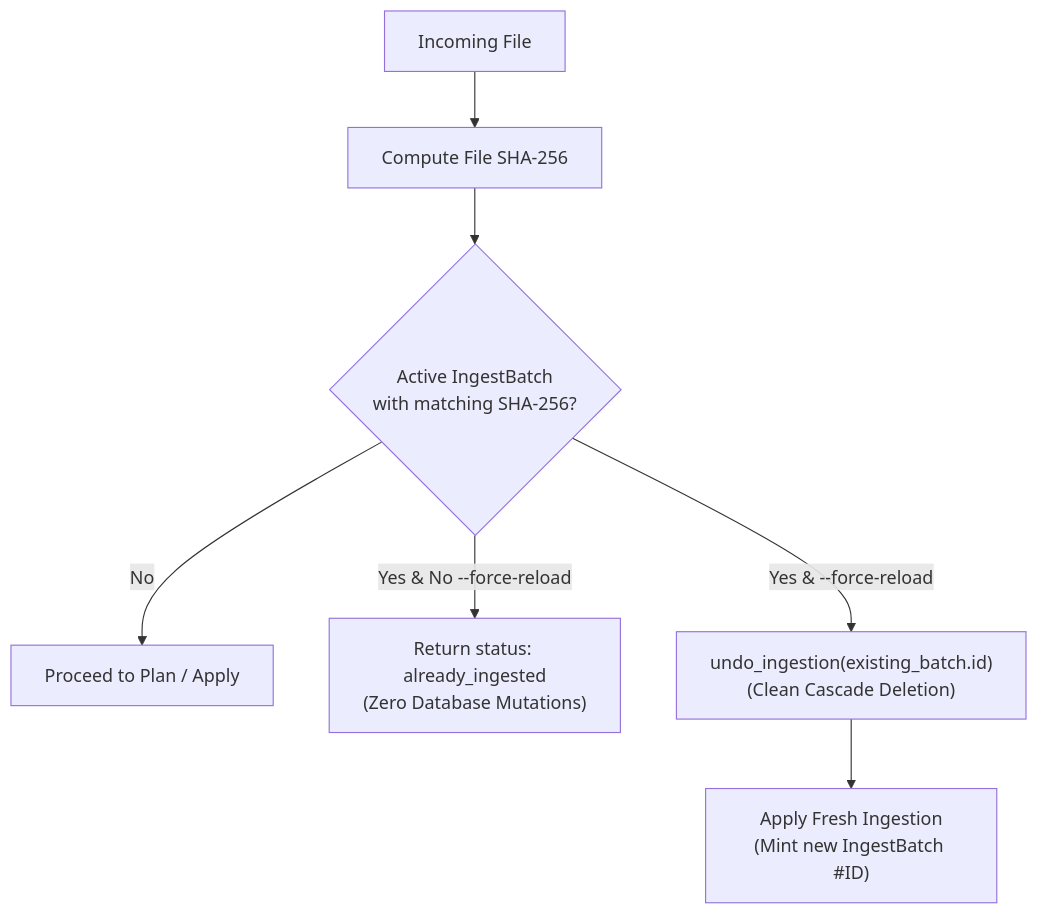
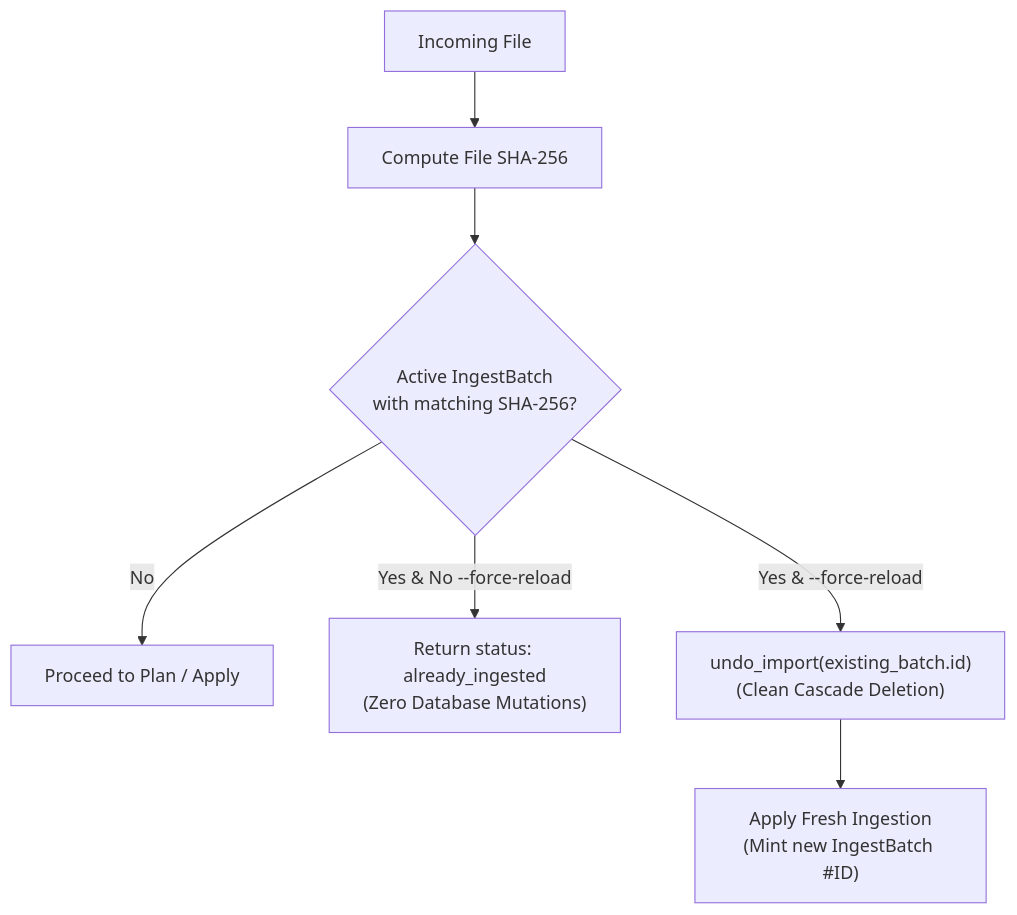
Before and after one commit to PlgaH/fairwddi-wp3-3: the second of 3 diagrams in deliverables/research/ingestion_troubleshooting_and_qa.md, drawn with Mermaid. The commit also changed other lines of this file and 163 other files, not shown here.

````diff
--- a/deliverables/research/ingestion_troubleshooting_and_qa.md
+++ b/deliverables/research/ingestion_troubleshooting_and_qa.md
@@ -244,9 +244,9 @@
 ```mermaid
 flowchart TD
     Upload["Incoming File"] --> Hash["Compute File SHA-256"]
     Hash --> Check{"Active IngestBatch\nwith matching SHA-256?"}
     Check -->|No| Plan["Proceed to Plan / Apply"]
     Check -->|Yes & No --force-reload| Skip["Return status: already_ingested\n(Zero Database Mutations)"]
-    Check -->|Yes & --force-reload| Rollback["undo_ingestion(existing_batch.id)\n(Clean Cascade Deletion)"]
+    Check -->|Yes & --force-reload| Rollback["undo_import(existing_batch.id)\n(Clean Cascade Deletion)"]
     Rollback --> Fresh["Apply Fresh Ingestion\n(Mint new IngestBatch #ID)"]
 ```
````
